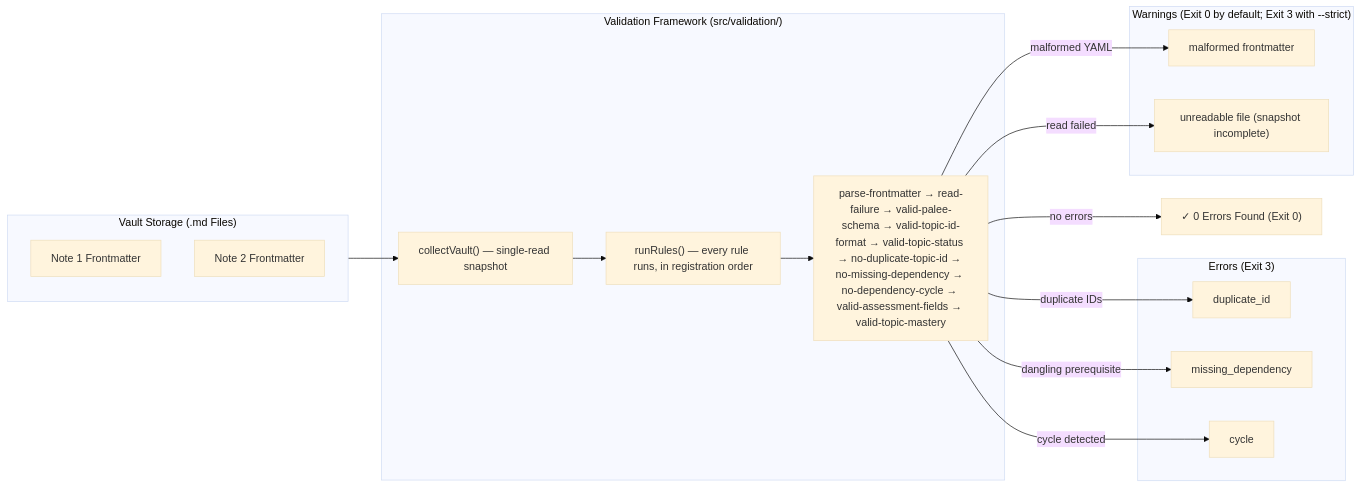
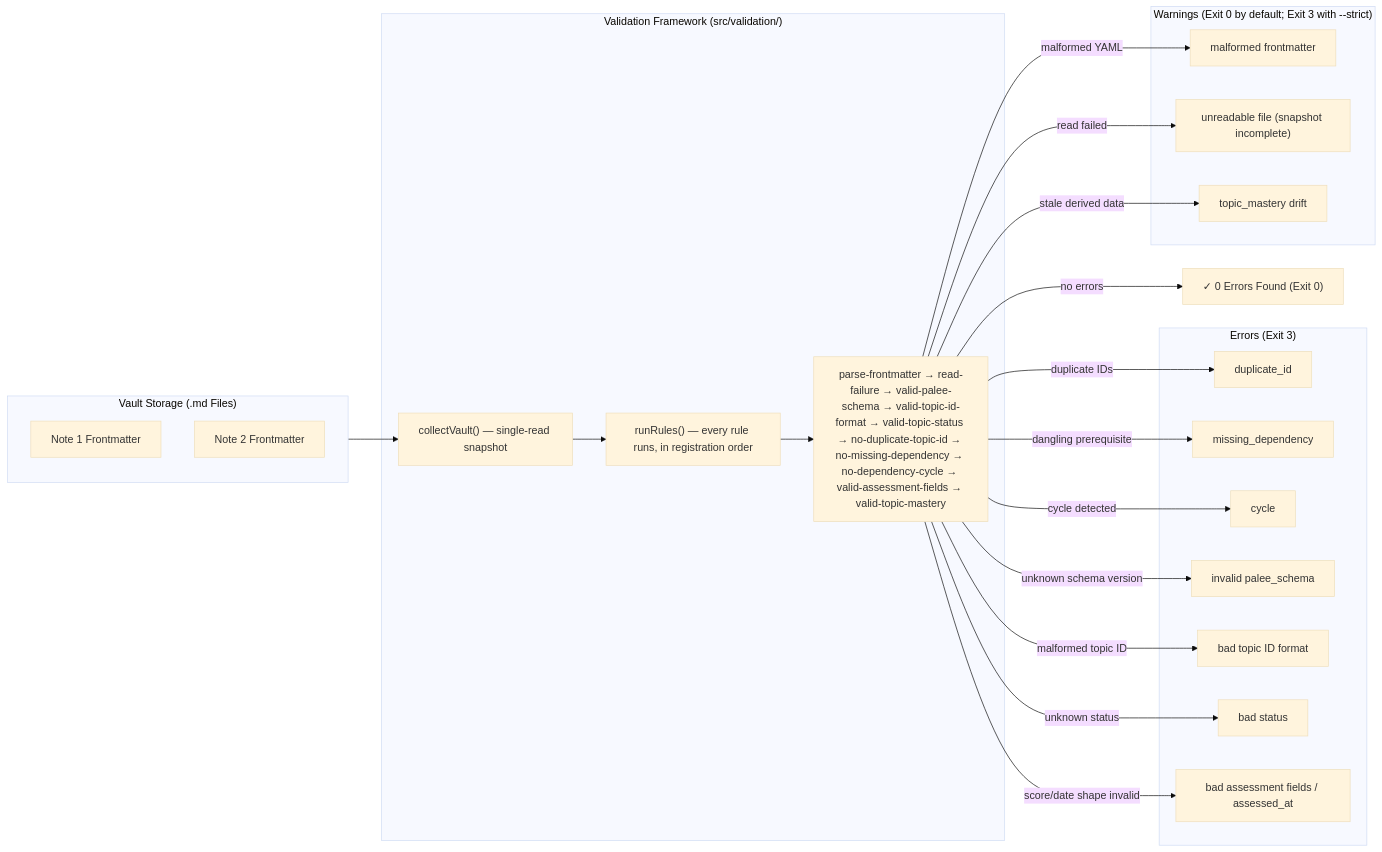
Before and after one commit to Kuldeep2822k/cli: the second of 2 diagrams in docs/02-3-reporting-commands.md, drawn with Mermaid (base theme). The commit also changed other lines of this file and 4 other files, not shown here.

````diff
--- a/docs/02-3-reporting-commands.md
+++ b/docs/02-3-reporting-commands.md
@@ -203,34 +203,44 @@
 ```mermaid
 flowchart LR
     subgraph Storage ["Vault Storage (.md Files)"]
         FM1["Note 1 Frontmatter"]
         FM2["Note 2 Frontmatter"]
     end
     
     subgraph Analyzer ["Validation Framework (src/validation/)"]
         Scan["collectVault() — single-read snapshot"]
         Runner["runRules() — every rule runs, in registration order"]
         Rules["parse-frontmatter → read-failure → valid-palee-schema → valid-topic-id-format → valid-topic-status → no-duplicate-topic-id → no-missing-dependency → no-dependency-cycle → valid-assessment-fields → valid-topic-mastery"]
     end
     
     subgraph Errors ["Errors (Exit 3)"]
         ErrDup["duplicate_id"]
         ErrMiss["missing_dependency"]
         ErrCyc["cycle"]
+        ErrSchema["invalid palee_schema"]
+        ErrId["bad topic ID format"]
+        ErrStatus["bad status"]
+        ErrAssess["bad assessment fields / assessed_at"]
     end
 
     subgraph Warnings ["Warnings (Exit 0 by default; Exit 3 with --strict)"]
         WarnParse["malformed frontmatter"]
         WarnRead["unreadable file (snapshot incomplete)"]
+        WarnMastery["topic_mastery drift"]
     end
     
     Storage --> Scan
     Scan --> Runner
     Runner --> Rules
     Rules -->|"duplicate IDs"| ErrDup
     Rules -->|"dangling prerequisite"| ErrMiss
     Rules -->|"cycle detected"| ErrCyc
+    Rules -->|"unknown schema version"| ErrSchema
+    Rules -->|"malformed topic ID"| ErrId
+    Rules -->|"unknown status"| ErrStatus
+    Rules -->|"score/date shape invalid"| ErrAssess
     Rules -->|"malformed YAML"| WarnParse
     Rules -->|"read failed"| WarnRead
+    Rules -->|"stale derived data"| WarnMastery
     Rules -->|"no errors"| Success["✓ 0 Errors Found (Exit 0)"]
 ```
````
